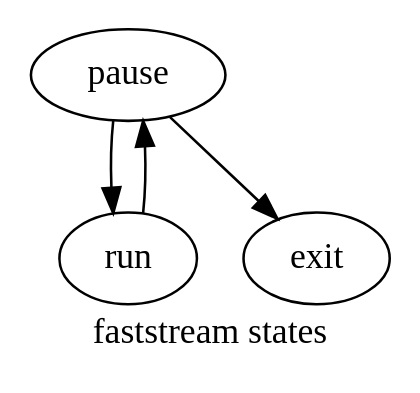
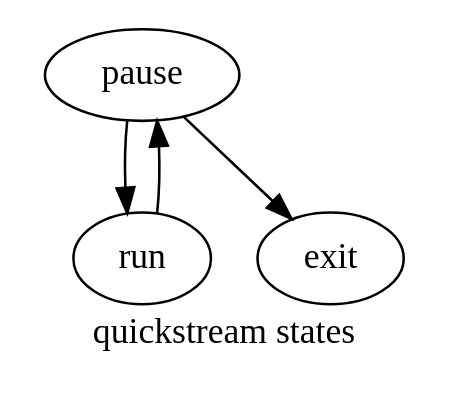
Before and after one commit to lanceman2/Quickstream_dev: the diagram in docs/stateSimple.dot, drawn with Graphviz. The commit also changed 24 other files, not shown here.

```diff
--- a/docs/stateSimple.dot
+++ b/docs/stateSimple.dot
@@ -1,6 +1,6 @@
 digraph {
-    label="faststream states";
+    label="quickstream states";
     pause -> run;
     run -> pause;
     pause -> exit;
 }
```
